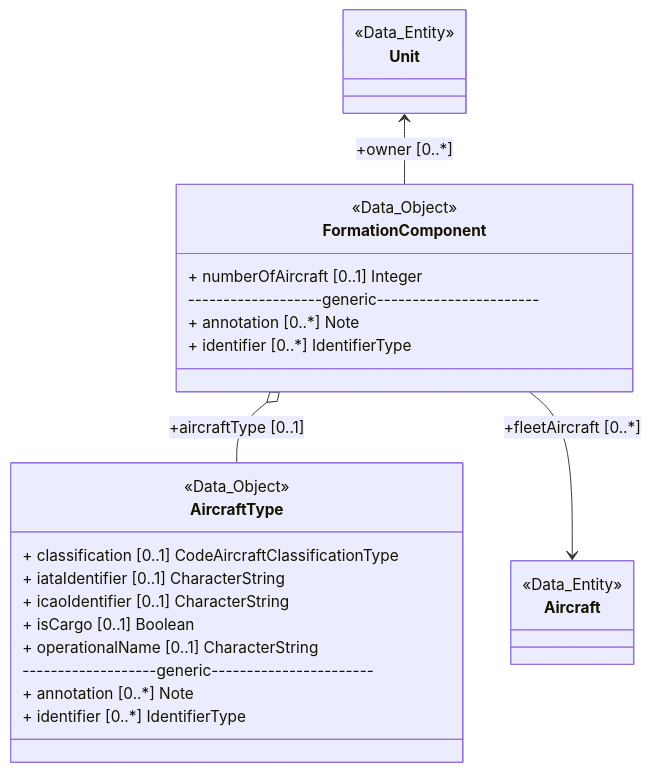
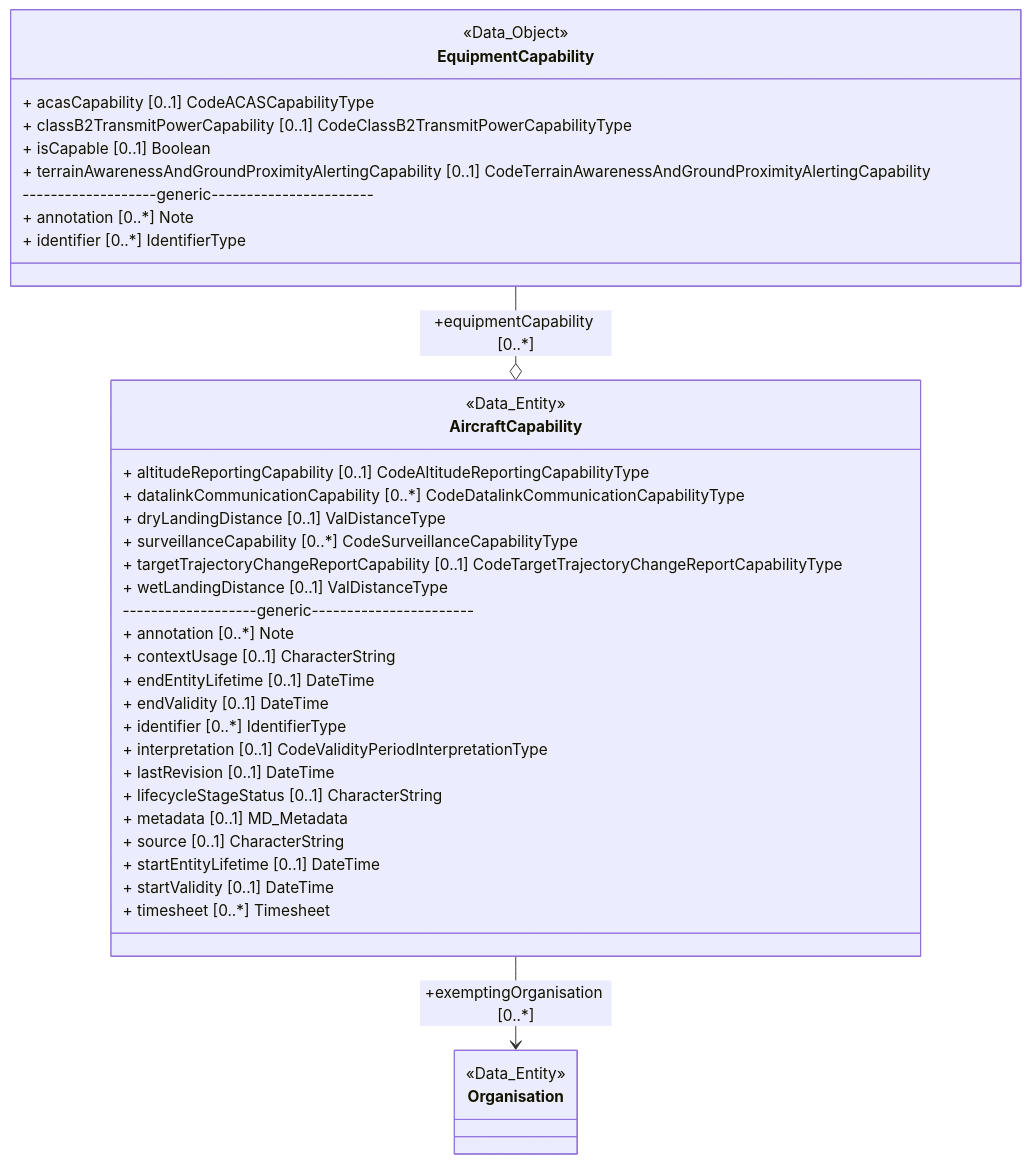
Before and after one commit to hlepori/testAIRM: the fifth of 46 diagrams in README.md, drawn with Mermaid. The commit also changed other lines of this file, not shown here.

````diff
--- a/README.md
+++ b/README.md
@@ -291,30 +201,41 @@
 ```mermaid	
 classDiagram	
-class FormationComponent	
-<<Data_Object>> FormationComponent	
-link FormationComponent "https://airm.aero/developers/advanced-search/1.0.0/FormationComponent?model=LogicalModel" "Go to definition"	
-class AircraftType	
-<<Data_Object>> AircraftType	
-link AircraftType "https://airm.aero/developers/advanced-search/1.0.0/AircraftType?model=LogicalModel" "Go to definition"	
-AircraftType : + classification [0..1] CodeAircraftClassificationType	
-AircraftType : + iataIdentifier [0..1] CharacterString	
-AircraftType : + icaoIdentifier [0..1] CharacterString	
-AircraftType : + isCargo [0..1] Boolean	
-AircraftType : + operationalName [0..1] CharacterString	
-AircraftType: -------------------generic-----------------------	
-AircraftType : + annotation [0..*] Note	
-AircraftType : + identifier [0..*] IdentifierType	
-FormationComponent o-- AircraftType : +aircraftType [0..1]	
-class Aircraft	
-<<Data_Entity>> Aircraft	
-link Aircraft "https://airm.aero/developers/advanced-search/1.0.0/Aircraft?model=LogicalModel" "Go to definition"	
-FormationComponent --> Aircraft : +fleetAircraft [0..*]	
-FormationComponent : + numberOfAircraft [0..1] Integer	
-class Unit	
-<<Data_Entity>> Unit	
-link Unit "https://airm.aero/developers/advanced-search/1.0.0/Unit?model=LogicalModel" "Go to definition"	
-Unit <-- FormationComponent : +owner [0..*]	
-FormationComponent: -------------------generic-----------------------	
-FormationComponent : + annotation [0..*] Note	
-FormationComponent : + identifier [0..*] IdentifierType	
+class AircraftCapability	
+<<Data_Entity>> AircraftCapability	
+link AircraftCapability "https://airm.aero/developers/advanced-search/1.0.0/AircraftCapability?model=LogicalModel" "Go to definition"	
+AircraftCapability : + altitudeReportingCapability [0..1] CodeAltitudeReportingCapabilityType	
+AircraftCapability : + datalinkCommunicationCapability [0..*] CodeDatalinkCommunicationCapabilityType	
+AircraftCapability : + dryLandingDistance [0..1] ValDistanceType	
+class EquipmentCapability	
+<<Data_Object>> EquipmentCapability	
+link EquipmentCapability "https://airm.aero/developers/advanced-search/1.0.0/EquipmentCapability?model=LogicalModel" "Go to definition"	
+EquipmentCapability : + acasCapability [0..1] CodeACASCapabilityType	
+EquipmentCapability : + classB2TransmitPowerCapability [0..1] CodeClassB2TransmitPowerCapabilityType	
+EquipmentCapability : + isCapable [0..1] Boolean	
+EquipmentCapability : + terrainAwarenessAndGroundProximityAlertingCapability [0..1] CodeTerrainAwarenessAndGroundProximityAlertingCapability	
+EquipmentCapability: -------------------generic-----------------------	
+EquipmentCapability : + annotation [0..*] Note	
+EquipmentCapability : + identifier [0..*] IdentifierType	
+EquipmentCapability --o AircraftCapability : +equipmentCapability [0..*]	
+class Organisation	
+<<Data_Entity>> Organisation	
+link Organisation "https://airm.aero/developers/advanced-search/1.0.0/Organisation?model=LogicalModel" "Go to definition"	
+AircraftCapability --> Organisation : +exemptingOrganisation [0..*]	
+AircraftCapability : + surveillanceCapability [0..*] CodeSurveillanceCapabilityType	
+AircraftCapability : + targetTrajectoryChangeReportCapability [0..1] CodeTargetTrajectoryChangeReportCapabilityType	
+AircraftCapability : + wetLandingDistance [0..1] ValDistanceType	
+AircraftCapability: -------------------generic-----------------------	
+AircraftCapability : + annotation [0..*] Note	
+AircraftCapability : + contextUsage [0..1] CharacterString	
+AircraftCapability : + endEntityLifetime [0..1] DateTime	
+AircraftCapability : + endValidity [0..1] DateTime	
+AircraftCapability : + identifier [0..*] IdentifierType	
+AircraftCapability : + interpretation [0..1] CodeValidityPeriodInterpretationType	
+AircraftCapability : + lastRevision [0..1] DateTime	
+AircraftCapability : + lifecycleStageStatus [0..1] CharacterString	
+AircraftCapability : + metadata [0..1] MD_Metadata	
+AircraftCapability : + source [0..1] CharacterString	
+AircraftCapability : + startEntityLifetime [0..1] DateTime	
+AircraftCapability : + startValidity [0..1] DateTime	
+AircraftCapability : + timesheet [0..*] Timesheet	
 ```	
````
